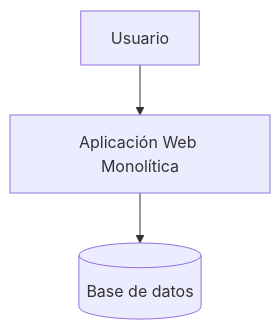
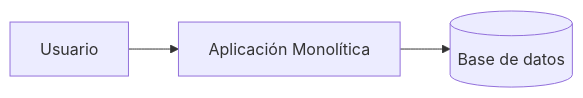
One commit to Umbingelelo/ejercicios-portafolio_titulo-001V changed the first of 14 diagrams in Ejercicio_6_Patrones_Arquitectura_y_Despliegue.md. Above: the diagram before and after it, drawn with Mermaid. The commit also changed other lines of this file, not shown here.

````diff
--- a/Ejercicio_6_Patrones_Arquitectura_y_Despliegue.md
+++ b/Ejercicio_6_Patrones_Arquitectura_y_Despliegue.md
@@ -1661,5 +1041,5 @@
 ```mermaid
-flowchart TB
-    U[Usuario] --> W[Aplicación Web Monolítica]
-    W --> DB[(Base de datos)]
+flowchart LR
+    U[Usuario] --> APP[Aplicación Monolítica]
+    APP --> DB[(Base de datos)]
 ```
````
